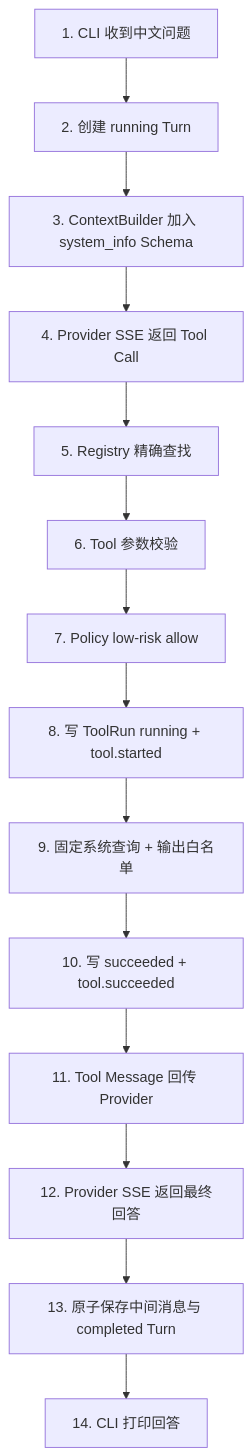
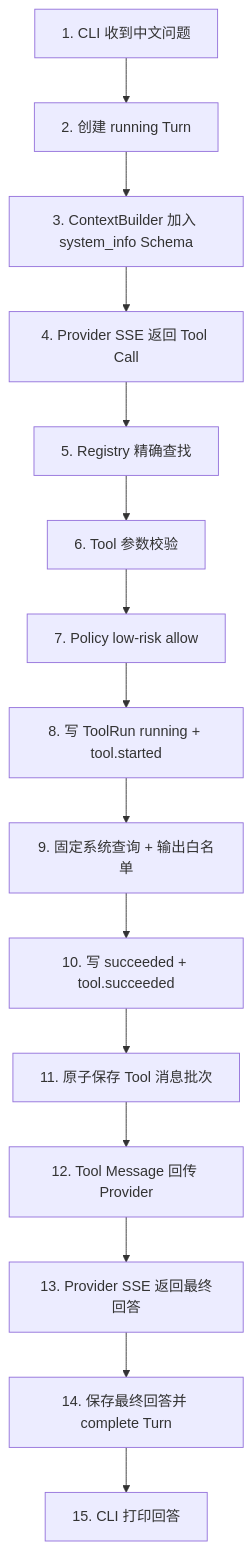
Before and after one commit to NEDONION/lobster0: the ninth of 9 diagrams in docs/engineering/phase-2/tool-runtime-and-system-info.md, drawn with Mermaid. The commit also changed other lines of this file and 12 other files, not shown here.

````diff
--- a/docs/engineering/phase-2/tool-runtime-and-system-info.md
+++ b/docs/engineering/phase-2/tool-runtime-and-system-info.md
@@ -647,16 +654,17 @@
 ```mermaid
 flowchart TD
     A["1. CLI 收到中文问题"] --> B["2. 创建 running Turn"]
     B --> C["3. ContextBuilder 加入 system_info Schema"]
     C --> D["4. Provider SSE 返回 Tool Call"]
     D --> E["5. Registry 精确查找"]
     E --> F["6. Tool 参数校验"]
     F --> G["7. Policy low-risk allow"]
     G --> H["8. 写 ToolRun running + tool.started"]
     H --> I["9. 固定系统查询 + 输出白名单"]
     I --> J["10. 写 succeeded + tool.succeeded"]
-    J --> K["11. Tool Message 回传 Provider"]
-    K --> L["12. Provider SSE 返回最终回答"]
-    L --> M["13. 原子保存中间消息与 completed Turn"]
-    M --> N["14. CLI 打印回答"]
+    J --> K["11. 原子保存 Tool 消息批次"]
+    K --> L["12. Tool Message 回传 Provider"]
+    L --> M["13. Provider SSE 返回最终回答"]
+    M --> N["14. 保存最终回答并 complete Turn"]
+    N --> O["15. CLI 打印回答"]
 ```
````
